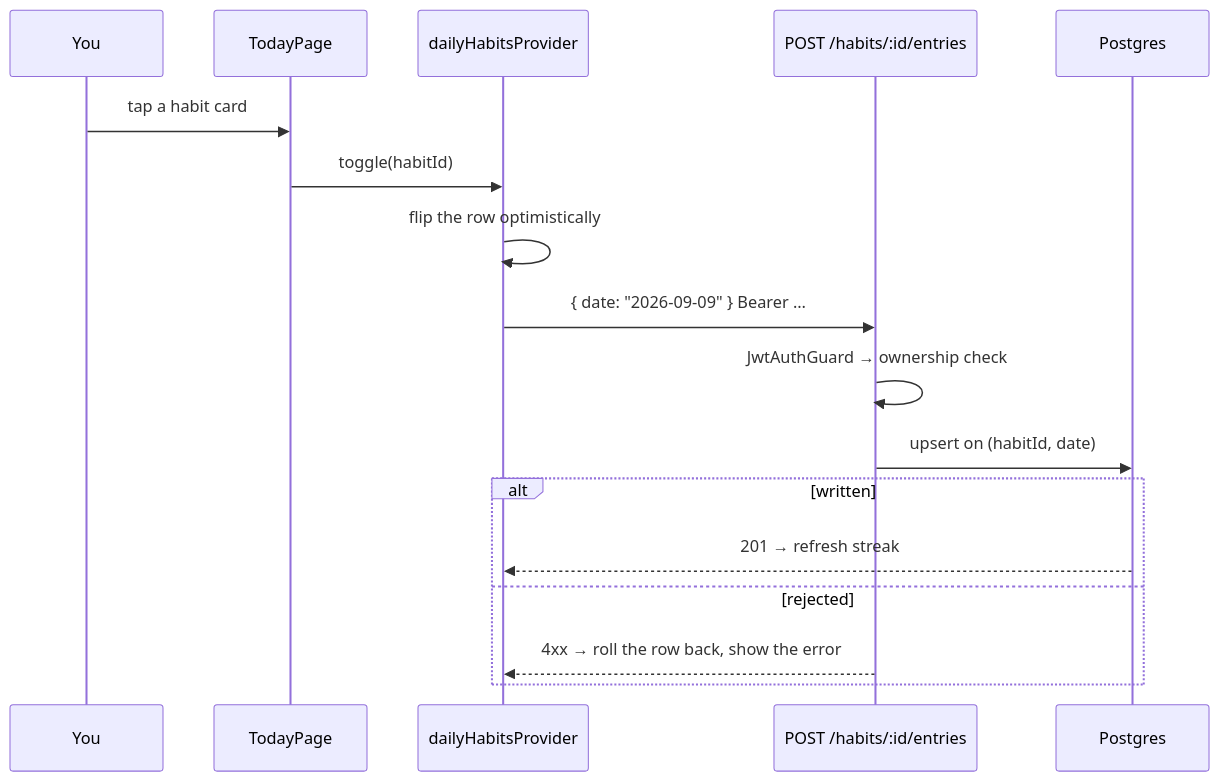
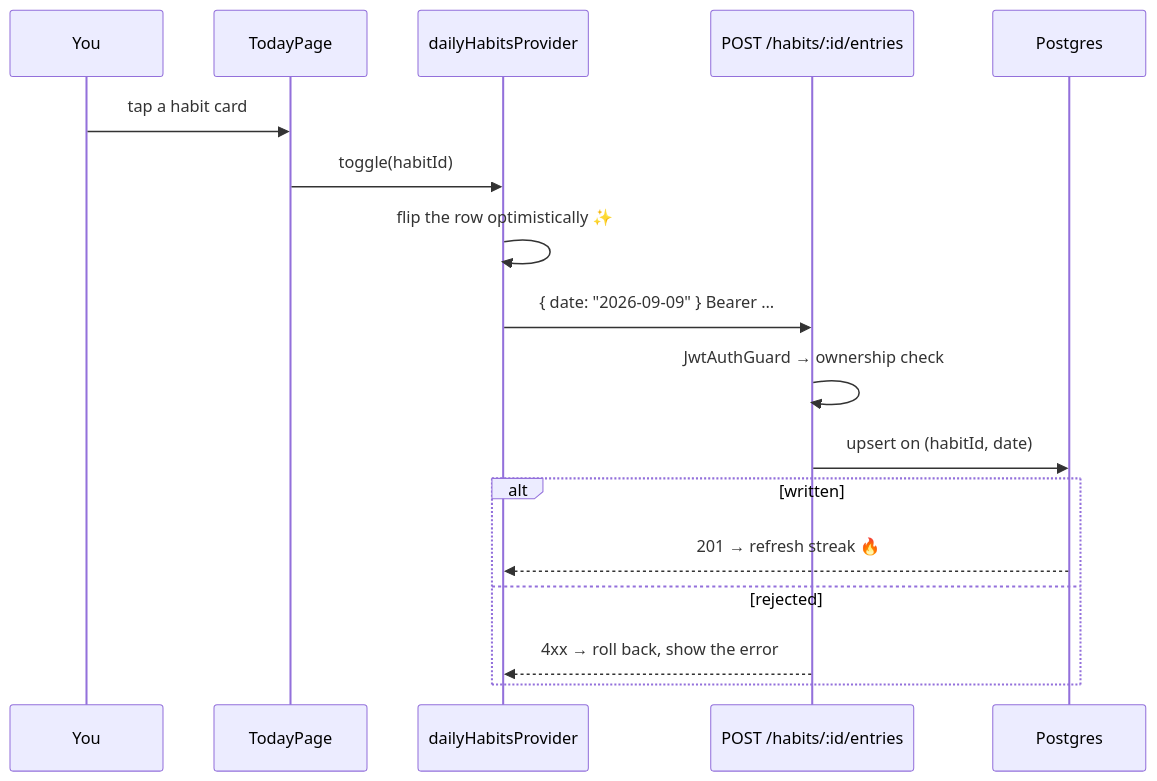
Before and after one commit to duynnguyen22/one_percent: the first of 2 diagrams in README.md, drawn with Mermaid. The commit also changed other lines of this file, not shown here.

````diff
--- a/README.md
+++ b/README.md
@@ -43,20 +128,20 @@
 ```mermaid
 sequenceDiagram
     participant U as You
     participant P as TodayPage
     participant N as dailyHabitsProvider
     participant API as POST /habits/:id/entries
     participant DB as Postgres
 
     U->>P: tap a habit card
     P->>N: toggle(habitId)
-    N->>N: flip the row optimistically
+    N->>N: flip the row optimistically ✨
     N->>API: { date: "2026-09-09" }  Bearer …
     API->>API: JwtAuthGuard → ownership check
     API->>DB: upsert on (habitId, date)
     alt written
-        DB-->>N: 201 → refresh streak
+        DB-->>N: 201 → refresh streak 🔥
     else rejected
-        API-->>N: 4xx → roll the row back, show the error
+        API-->>N: 4xx → roll back, show the error
     end
 ```
````
